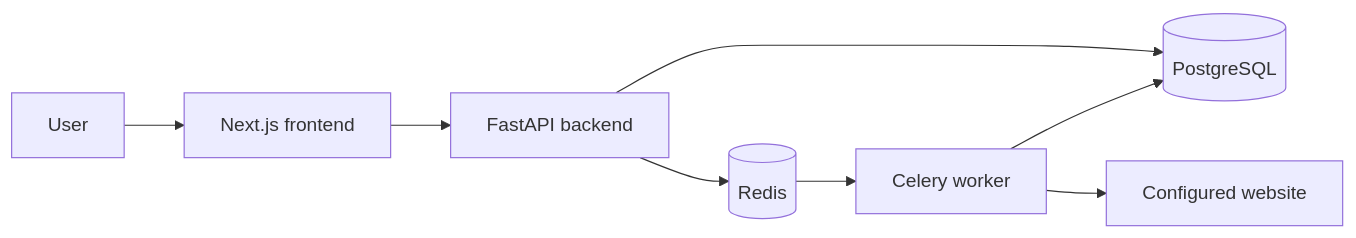
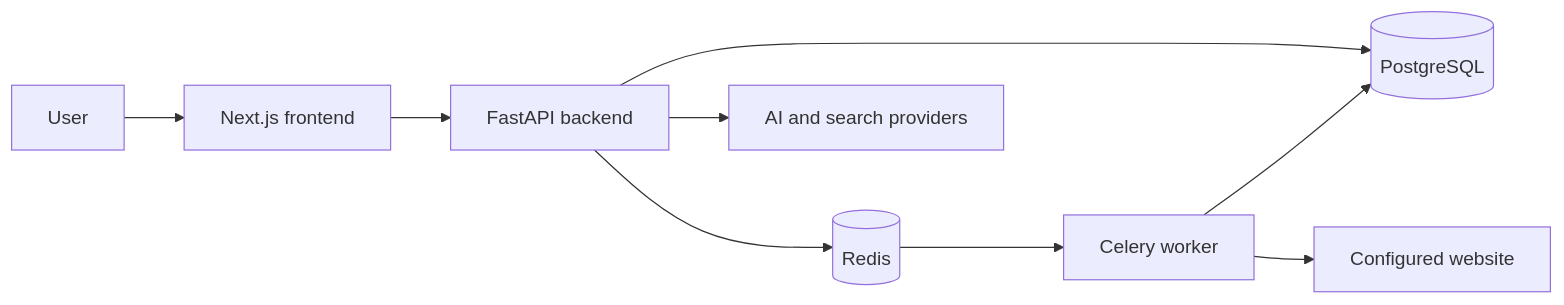
Before and after one commit to bhavyabafnaa/ai-visibility-analyzer: the diagram in docs/architecture.md, drawn with Mermaid. The commit also changed other lines of this file and 30 other files, not shown here.

````diff
--- a/docs/architecture.md
+++ b/docs/architecture.md
@@ -11,10 +11,11 @@
 ```mermaid
 flowchart LR
     User[User] --> Web[Next.js frontend]
     Web --> API[FastAPI backend]
     API --> DB[(PostgreSQL)]
     API --> Queue[(Redis)]
+    API --> Providers[AI and search providers]
     Queue --> Worker[Celery worker]
     Worker --> DB
     Worker --> Site[Configured website]
 ```
````
